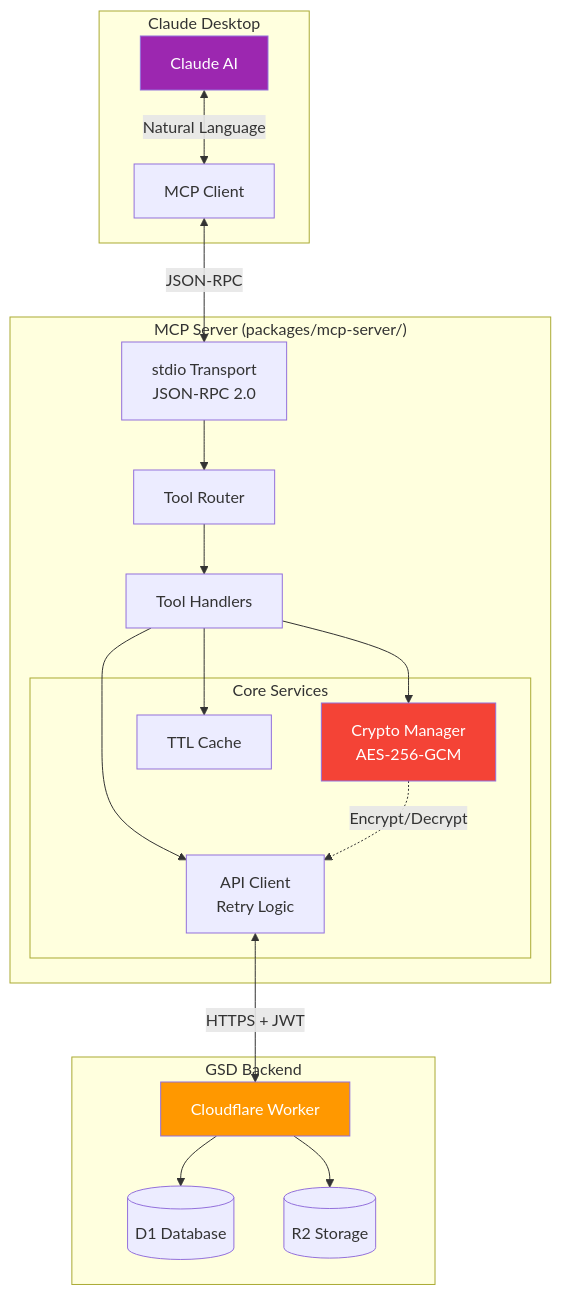
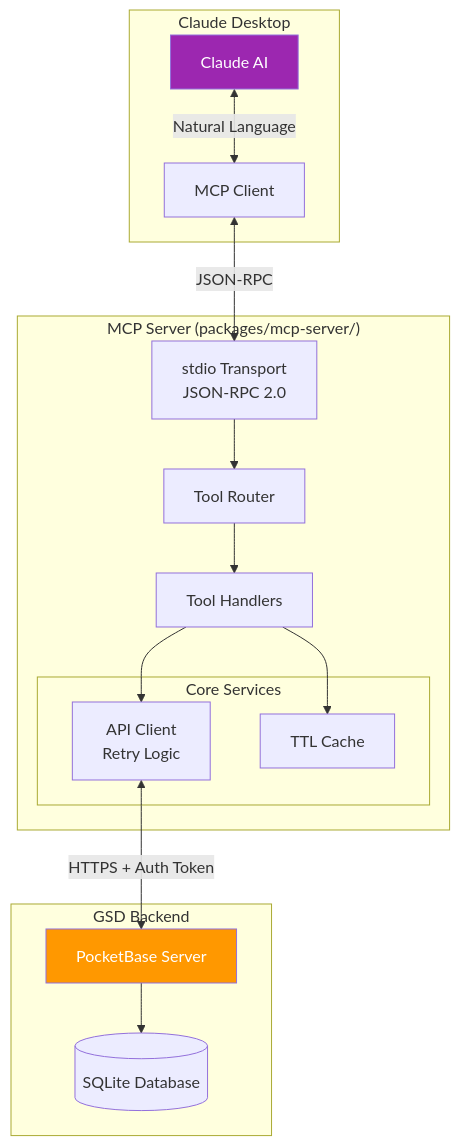
One commit to vscarpenter/gsd-task-manager changed the first of 14 diagrams in MCP_ARCHITECTURE.md. Above: the diagram before and after it, drawn with Mermaid. The commit also changed other lines of this file and 34 other files, not shown here.

Commit message:
chore: remove stale Cloudflare/Supabase references after PocketBase migration (#150)

````diff
--- a/MCP_ARCHITECTURE.md
+++ b/MCP_ARCHITECTURE.md
@@ -15,44 +15,37 @@
 ```mermaid
 flowchart TB
     subgraph "Claude Desktop"
         CLAUDE[Claude AI]
         MCP_CLIENT[MCP Client]
     end
 
     subgraph "MCP Server (packages/mcp-server/)"
         TRANSPORT[stdio Transport<br/>JSON-RPC 2.0]
         ROUTER[Tool Router]
         HANDLERS[Tool Handlers]
 
         subgraph "Core Services"
             API[API Client<br/>Retry Logic]
-            CRYPTO[Crypto Manager<br/>AES-256-GCM]
             CACHE[TTL Cache]
         end
 
         TRANSPORT --> ROUTER
         ROUTER --> HANDLERS
         HANDLERS --> API
-        HANDLERS --> CRYPTO
         HANDLERS --> CACHE
     end
 
     subgraph "GSD Backend"
-        WORKER[Cloudflare Worker]
-        D1[(D1 Database)]
-        R2[(R2 Storage)]
+        PB[PocketBase Server]
+        DB[(SQLite Database)]
     end
 
     CLAUDE <-->|Natural Language| MCP_CLIENT
     MCP_CLIENT <-->|JSON-RPC| TRANSPORT
 
-    API <-->|HTTPS + JWT| WORKER
-    WORKER --> D1
-    WORKER --> R2
-
-    CRYPTO -.->|Encrypt/Decrypt| API
+    API <-->|HTTPS + Auth Token| PB
+    PB --> DB
 
     style CLAUDE fill:#9C27B0,color:white
-    style CRYPTO fill:#F44336,color:white
-    style WORKER fill:#FF9800,color:white
+    style PB fill:#FF9800,color:white
 ```
````
